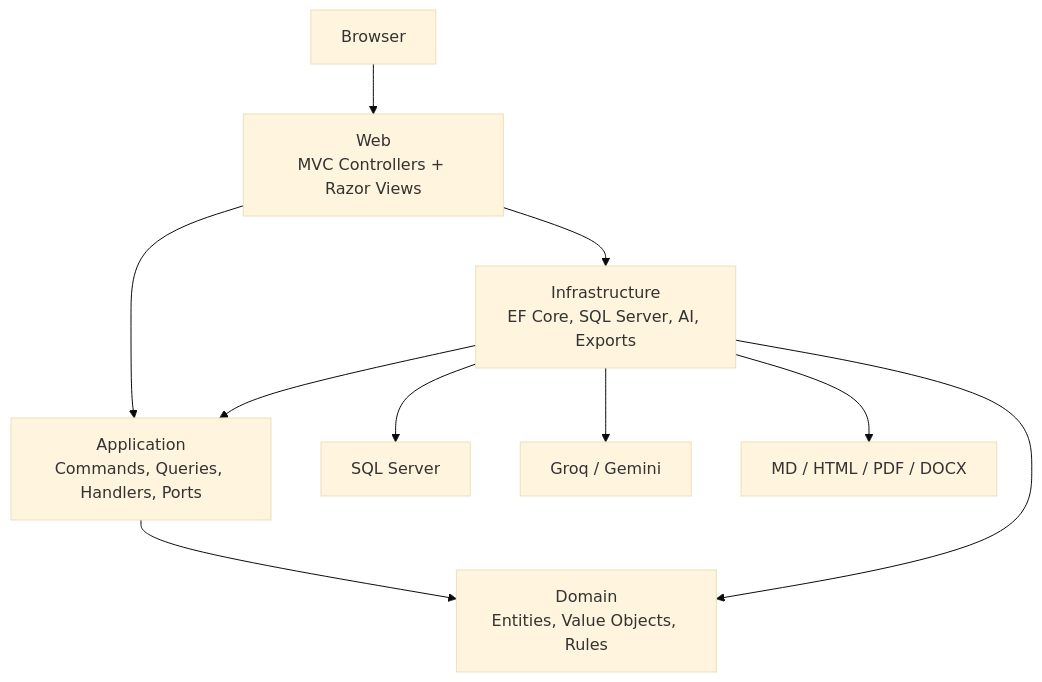
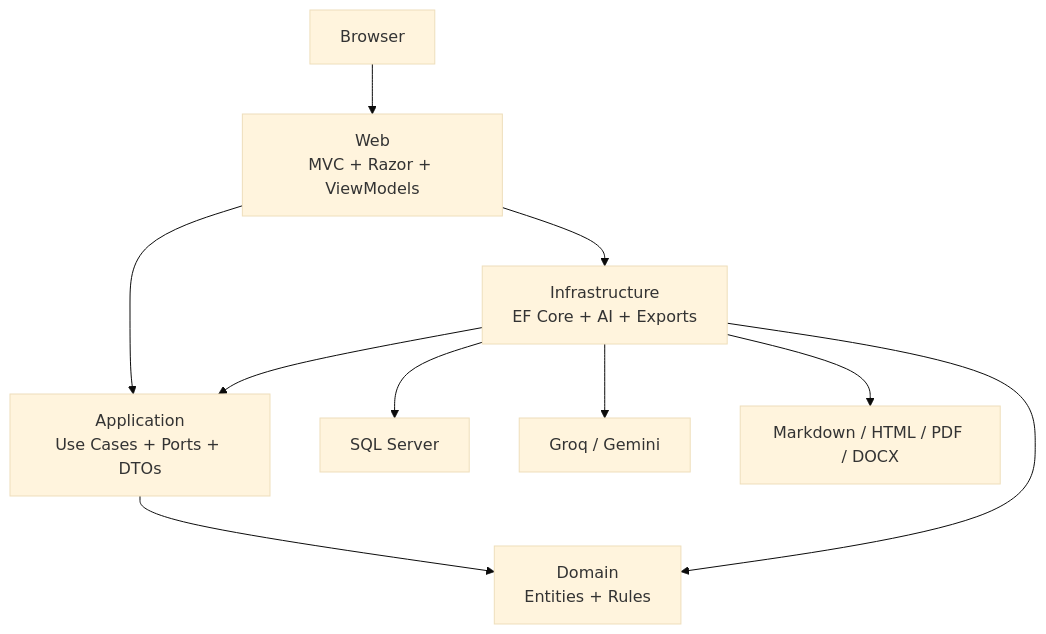
The diagram in docs/architecture-plan.md (MahmoudNofaal/research-and-recommendation-report), drawn with Mermaid (base theme) before and after one commit. The commit also changed other lines of this file, not shown here.

Commit message:
update: architecture plan

````diff
--- a/docs/architecture-plan.md
+++ b/docs/architecture-plan.md
@@ -234,21 +209,21 @@
 ```mermaid
 flowchart TD
     Browser["Browser"]
-    Web["Web\nMVC Controllers + Razor Views"]
-    App["Application\nCommands, Queries, Handlers, Ports"]
-    Domain["Domain\nEntities, Value Objects, Rules"]
-    Infra["Infrastructure\nEF Core, SQL Server, AI, Exports"]
-    Sql["SQL Server"]
-    Ai["Groq / Gemini"]
-    Docs["MD / HTML / PDF / DOCX"]
+    Web["Web\nMVC + Razor + ViewModels"]
+    Application["Application\nUse Cases + Ports + DTOs"]
+    Domain["Domain\nEntities + Rules"]
+    Infrastructure["Infrastructure\nEF Core + AI + Exports"]
+    SqlServer["SQL Server"]
+    AiProviders["Groq / Gemini"]
+    ExportFiles["Markdown / HTML / PDF / DOCX"]
 
     Browser --> Web
-    Web --> App
-    App --> Domain
-    Infra --> App
-    Infra --> Domain
-    Web --> Infra
-    Infra --> Sql
-    Infra --> Ai
-    Infra --> Docs
+    Web --> Application
+    Application --> Domain
+    Web --> Infrastructure
+    Infrastructure --> Application
+    Infrastructure --> Domain
+    Infrastructure --> SqlServer
+    Infrastructure --> AiProviders
+    Infrastructure --> ExportFiles
 ```
````
